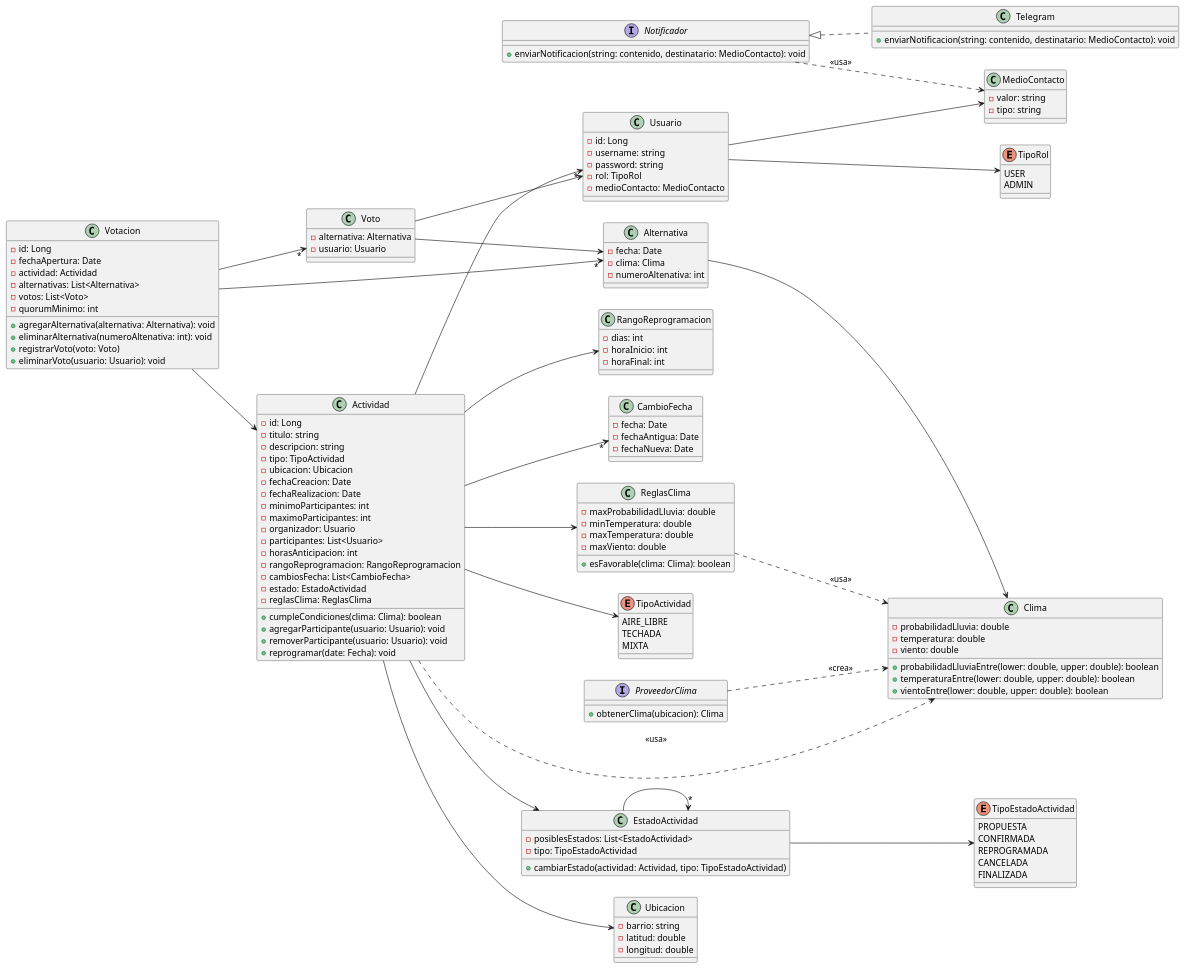
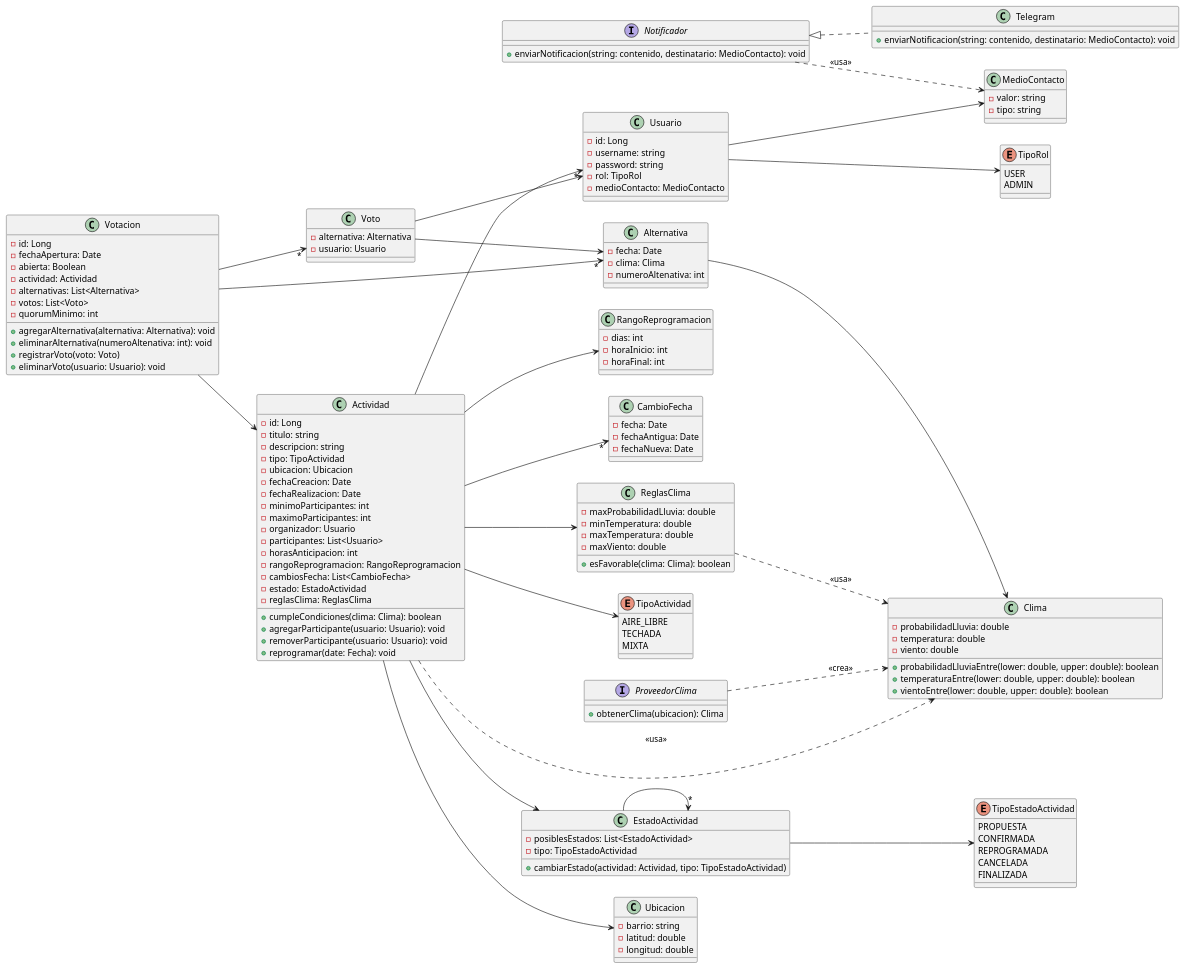
One commit to LucasHerdegen/tacs-tp-2026-2c changed the diagram in diagramas/class-diagram.puml. Above: the diagram before and after it, drawn with PlantUML. The commit also changed 9 other files, not shown here.

```diff
--- a/diagramas/class-diagram.puml
+++ b/diagramas/class-diagram.puml
@@ -1,184 +1,185 @@
 @startuml class
 left to right direction
 
 class Usuario
 {
     - id: Long
     - username: string
     - password: string
     - rol: TipoRol
     - medioContacto: MedioContacto
 }
 
 Usuario --> TipoRol
 Usuario --> MedioContacto
 
 enum TipoRol
 {
     USER
     ADMIN
 }
 
 class MedioContacto
 {
     - valor: string
     - tipo: string
 }
 
 class Actividad
 {
     - id: Long
     - titulo: string
     - descripcion: string
     - tipo: TipoActividad
     - ubicacion: Ubicacion
     - fechaCreacion: Date
     - fechaRealizacion: Date
     - minimoParticipantes: int
     - maximoParticipantes: int
     - organizador: Usuario
     - participantes: List<Usuario>
     - horasAnticipacion: int
     - rangoReprogramacion: RangoReprogramacion
     - cambiosFecha: List<CambioFecha>
     - estado: EstadoActividad
     - reglasClima: ReglasClima
     + cumpleCondiciones(clima: Clima): boolean
     + agregarParticipante(usuario: Usuario): void
     + removerParticipante(usuario: Usuario): void
     + reprogramar(date: Fecha): void
 }
 
 Actividad --> TipoActividad
 Actividad..> Clima : "<<usa>>"
 Actividad --> Ubicacion
 Actividad -->"*" Usuario
 Actividad --> RangoReprogramacion
 Actividad -->"*" CambioFecha
 Actividad --> EstadoActividad
 Actividad --> ReglasClima
 
 enum TipoActividad
 {
     AIRE_LIBRE
     TECHADA
     MIXTA
 }
 
 class ReglasClima
 {
     - maxProbabilidadLluvia: double
     - minTemperatura: double
     - maxTemperatura: double
     - maxViento: double
     + esFavorable(clima: Clima): boolean
 }
 
 ReglasClima ..> Clima : "<<usa>>"
 
 interface ProveedorClima
 {
     + obtenerClima(ubicacion): Clima
 }
 
 ProveedorClima ..> Clima : "<<crea>>"
 
 class Clima
 {
     - probabilidadLluvia: double
     - temperatura: double
     - viento: double
     + probabilidadLluviaEntre(lower: double, upper: double): boolean
     + temperaturaEntre(lower: double, upper: double): boolean
     + vientoEntre(lower: double, upper: double): boolean
 }
 
 class Ubicacion
 {
     - barrio: string
     - latitud: double
     - longitud: double
 }
 
 class RangoReprogramacion
 {
     - dias: int
     - horaInicio: int
     - horaFinal: int
 }
 
 interface Notificador
 {
     + enviarNotificacion(string: contenido, destinatario: MedioContacto): void
 }
 
 Notificador ..> MedioContacto : "<<usa>>"
 
 class Telegram implements Notificador
 {
     + enviarNotificacion(string: contenido, destinatario: MedioContacto): void
 }
 
 class Votacion
 {
     - id: Long
     - fechaApertura: Date
+    - abierta: Boolean
     - actividad: Actividad
     - alternativas: List<Alternativa>
     - votos: List<Voto>
     - quorumMinimo: int
     + agregarAlternativa(alternativa: Alternativa): void
     + eliminarAlternativa(numeroAltenativa: int): void
     + registrarVoto(voto: Voto)
     + eliminarVoto(usuario: Usuario): void
 }
 
 Votacion -->"*" Alternativa
 Votacion -->"*" Voto
 Votacion --> Actividad
 
 class Alternativa
 {
     - fecha: Date
     - clima: Clima
     - numeroAltenativa: int
 }
 
 Alternativa--> Clima
 
 class Voto
 {
     - alternativa: Alternativa
     - usuario: Usuario
 }
 
 Voto --> Usuario
 Voto --> Alternativa
 
 class CambioFecha
 {
     - fecha: Date
     - fechaAntigua: Date
     - fechaNueva: Date
 }
 
 class EstadoActividad
 {
     - posiblesEstados: List<EstadoActividad>
     - tipo: TipoEstadoActividad
     + cambiarEstado(actividad: Actividad, tipo: TipoEstadoActividad)
 }
 
 EstadoActividad -->"*" EstadoActividad
 EstadoActividad --> TipoEstadoActividad
 
 enum TipoEstadoActividad
 {
     PROPUESTA
     CONFIRMADA
     REPROGRAMADA
     CANCELADA
     FINALIZADA
 }
 
 @enduml
```
